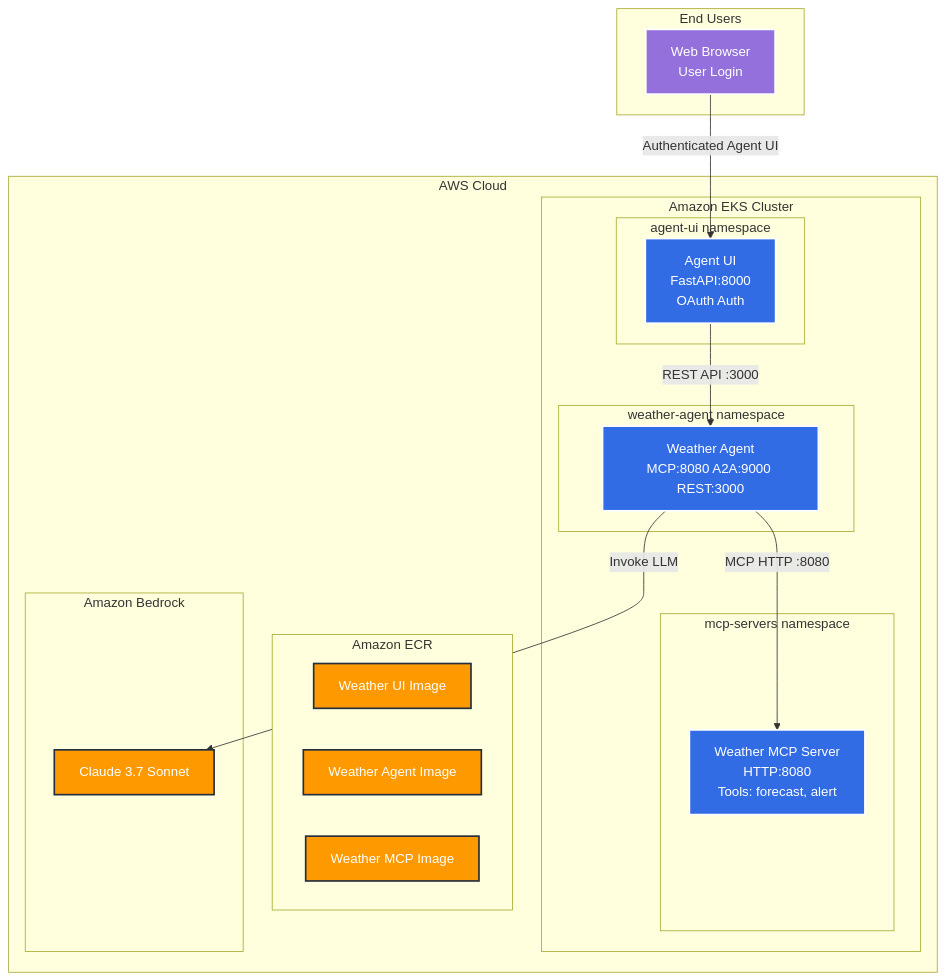
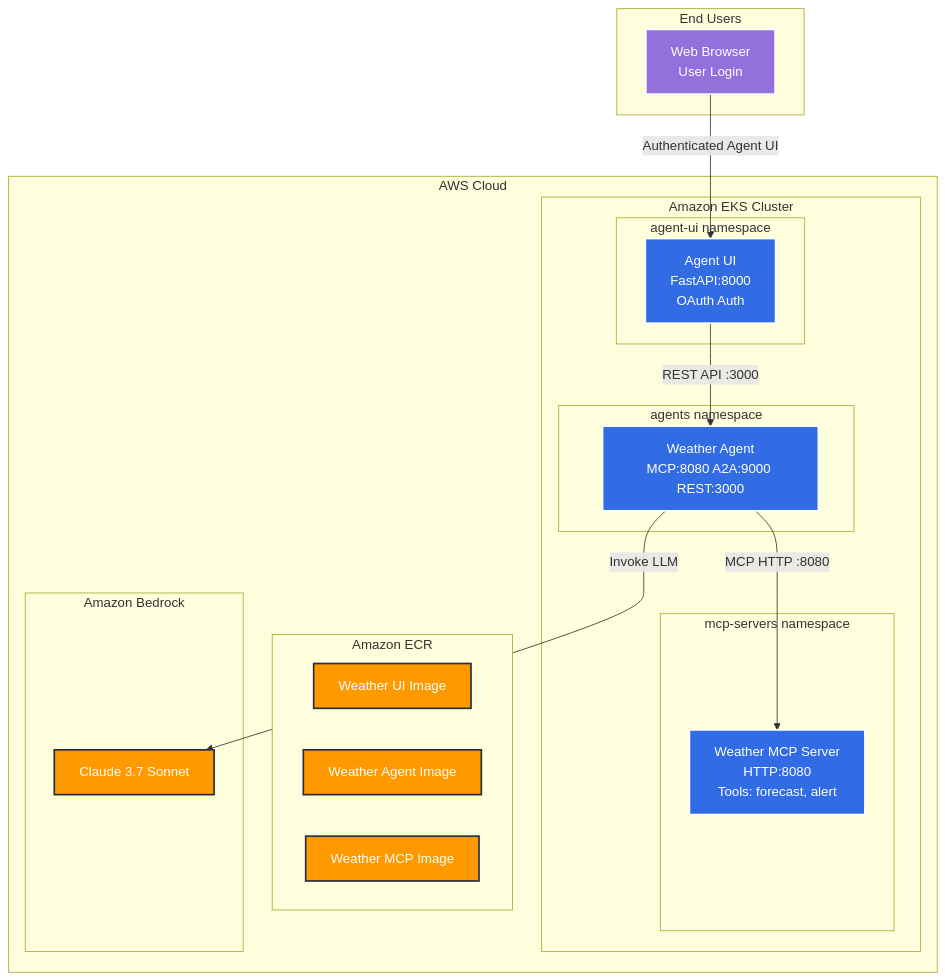
The diagram in eks/weather/README.md (aws-samples/sample-agentic-frameworks-on-aws), drawn with Mermaid before and after one commit. The commit also changed other lines of this file, not shown here.

````diff
--- a/eks/weather/README.md
+++ b/eks/weather/README.md
@@ -25,45 +25,45 @@
 ```mermaid
 graph TB
     subgraph "AWS Cloud"
         subgraph "Amazon ECR"
             ECR_UI[Weather UI Image]
             ECR_AGENT[Weather Agent Image]
             ECR_MCP[Weather MCP Image]
         end
 
         subgraph "Amazon EKS Cluster"
             subgraph "agent-ui namespace"
                 UI_POD[Agent UI<br/>FastAPI:8000<br/>OAuth Auth]
             end
 
-            subgraph "weather-agent namespace"
+            subgraph "agents namespace"
                 AGENT_POD[Weather Agent<br/>MCP:8080 A2A:9000 REST:3000]
             end
 
             subgraph "mcp-servers namespace"
                 MCP_POD[Weather MCP Server<br/>HTTP:8080<br/>Tools: forecast, alert]
             end
         end
 
         subgraph "Amazon Bedrock"
             BEDROCK[Claude 3.7 Sonnet]
         end
     end
 
     subgraph "End Users"
         USER[Web Browser<br/>User Login]
     end
 
     UI_POD -->|REST API :3000| AGENT_POD
     AGENT_POD -->|MCP HTTP :8080| MCP_POD
     AGENT_POD -->|Invoke LLM| BEDROCK
     USER -->|Authenticated Agent UI| UI_POD
 
     classDef aws fill:#FF9900,stroke:#232F3E,stroke-width:2px,color:#fff
     classDef k8s fill:#326CE5,stroke:#fff,stroke-width:2px,color:#fff
     classDef user fill:#9370DB,stroke:#fff,stroke-width:2px,color:#fff
 
     class ECR_UI,ECR_AGENT,ECR_MCP,BEDROCK aws
     class UI_POD,AGENT_POD,MCP_POD k8s
     class USER user
 ```
````
